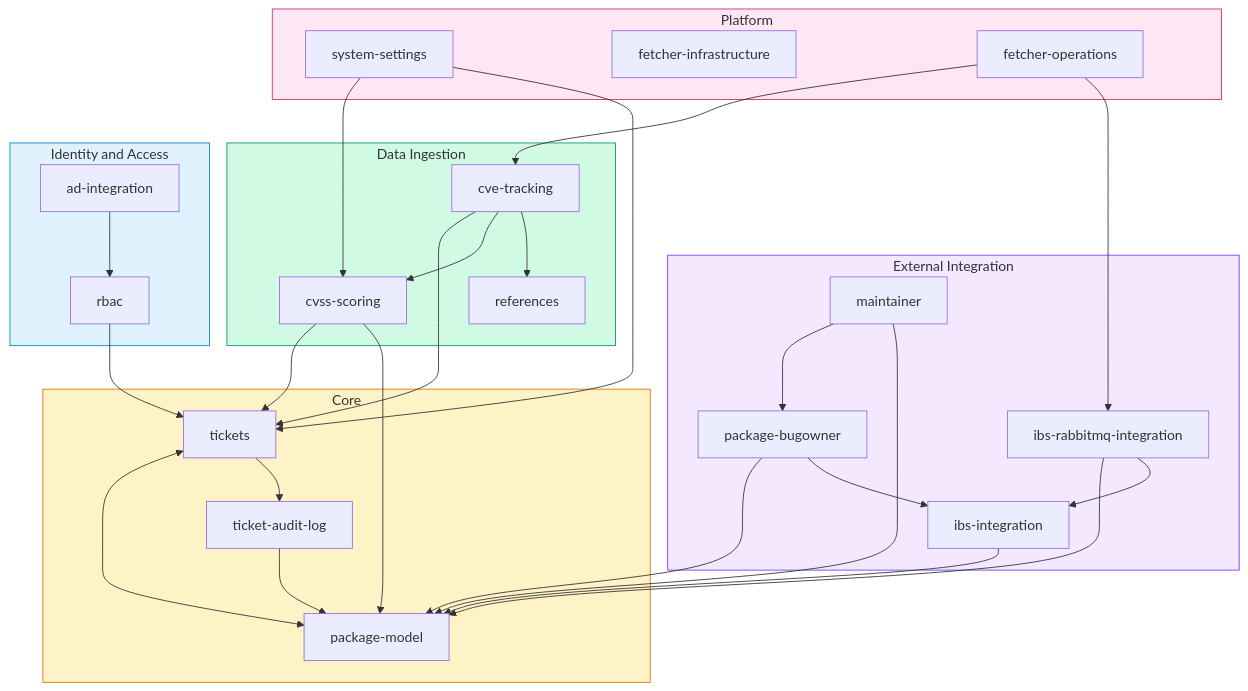
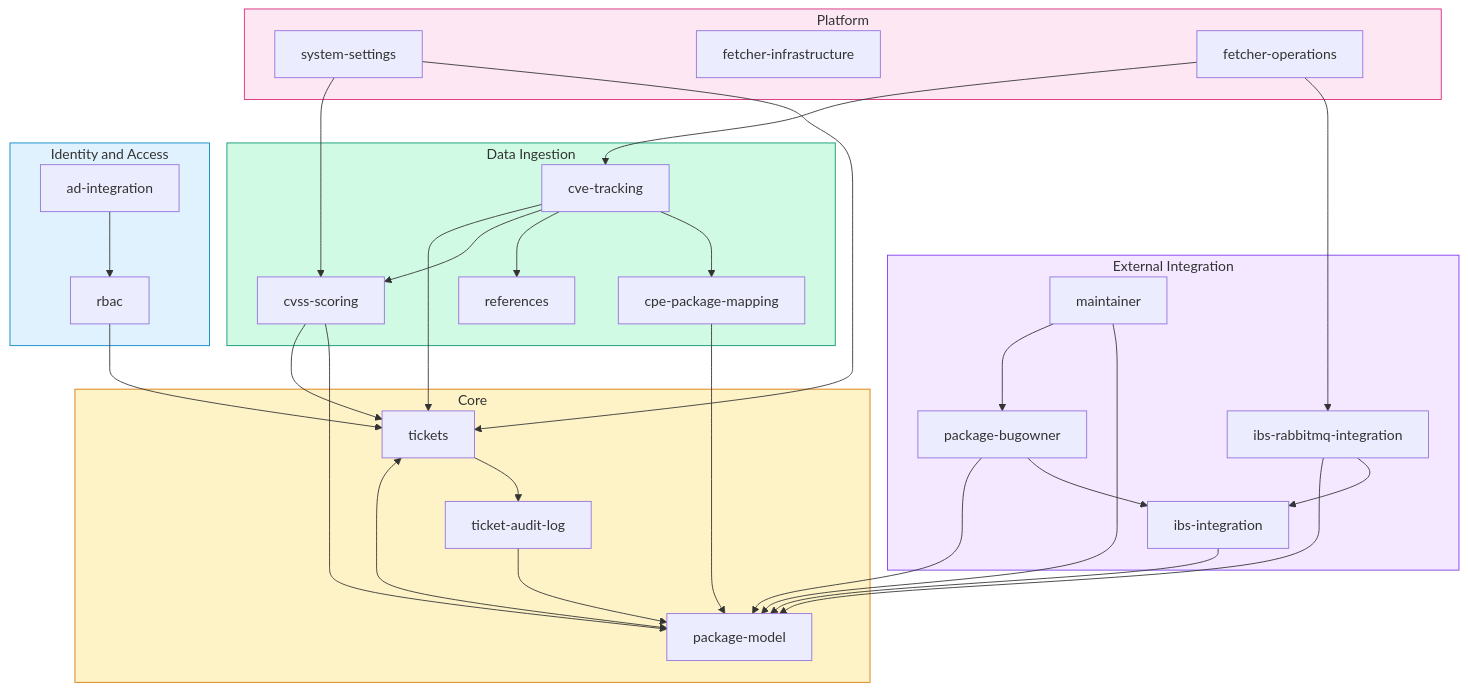
The sixth of 6 diagrams in docs/system-map.md (StayPirate/STAMP), drawn with Mermaid before and after one commit. The commit also changed other lines of this file and 13 other files, not shown here.

First line of the commit message:
docs: promote cpe-package-mapping spec, remove CVECPEMatch

````diff
--- a/docs/system-map.md
+++ b/docs/system-map.md
@@ -612,71 +604,74 @@
 ```mermaid
 flowchart TD
     subgraph core["Core"]
         TICKETS["tickets"]
         HISTORY["ticket-audit-log"]
         PKG["package-model"]
     end
 
     subgraph ingestion["Data Ingestion"]
         CVE["cve-tracking"]
         CVSS["cvss-scoring"]
         REFS["references"]
+        CPE_MAP["cpe-package-mapping"]
     end
 
     subgraph integration["External Integration"]
         OBS["ibs-integration"]
         RABBIT["ibs-rabbitmq-integration"]
         BUGOWNER["package-bugowner"]
         MAINT["maintainer"]
     end
 
     subgraph identity["Identity and Access"]
         ADI["ad-integration"]
         RBAC["rbac"]
     end
 
     subgraph platform["Platform"]
         SETTINGS["system-settings"]
         FETCHER_INFRA["fetcher-infrastructure"]
         FETCHER["fetcher-operations"]
     end
 
     %% Core internal links
     TICKETS <--> PKG
     TICKETS --> HISTORY
 
     %% Ingestion → Core
     CVE --> TICKETS
     CVE --> CVSS
     CVE --> REFS
+    CVE --> CPE_MAP
+    CPE_MAP --> PKG
     CVSS --> TICKETS
     CVSS --> PKG
 
     %% Integration → Core
     OBS --> PKG
     RABBIT --> PKG
     RABBIT --> OBS
     BUGOWNER --> PKG
     BUGOWNER --> OBS
     MAINT --> BUGOWNER
     MAINT --> PKG
 
     %% Identity → Core
     ADI --> RBAC
     RBAC --> TICKETS
 
     %% Platform → everything
     SETTINGS --> CVSS
     SETTINGS --> TICKETS
     FETCHER --> CVE
     FETCHER --> RABBIT
 
     %% History links
     HISTORY --> PKG
 
     style core fill:#fef3c7,stroke:#d97706
     style ingestion fill:#d1fae5,stroke:#059669
     style integration fill:#f3e8ff,stroke:#7c3aed
     style identity fill:#e0f2fe,stroke:#0284c7
     style platform fill:#fce7f3,stroke:#db2777
 ```
````
